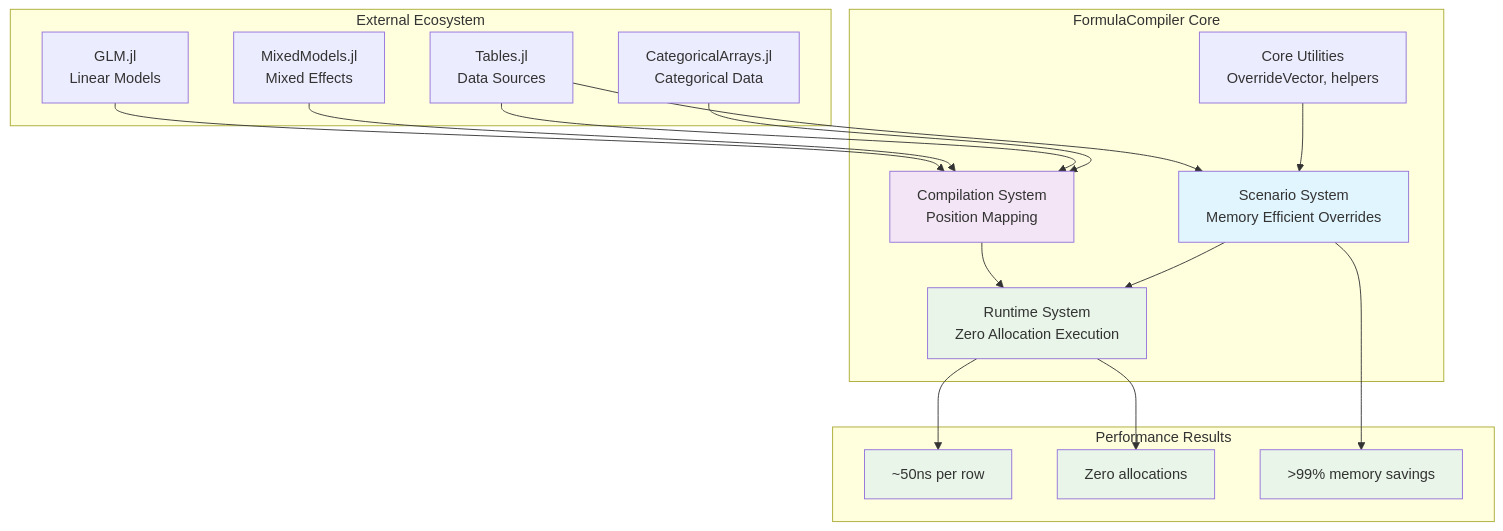
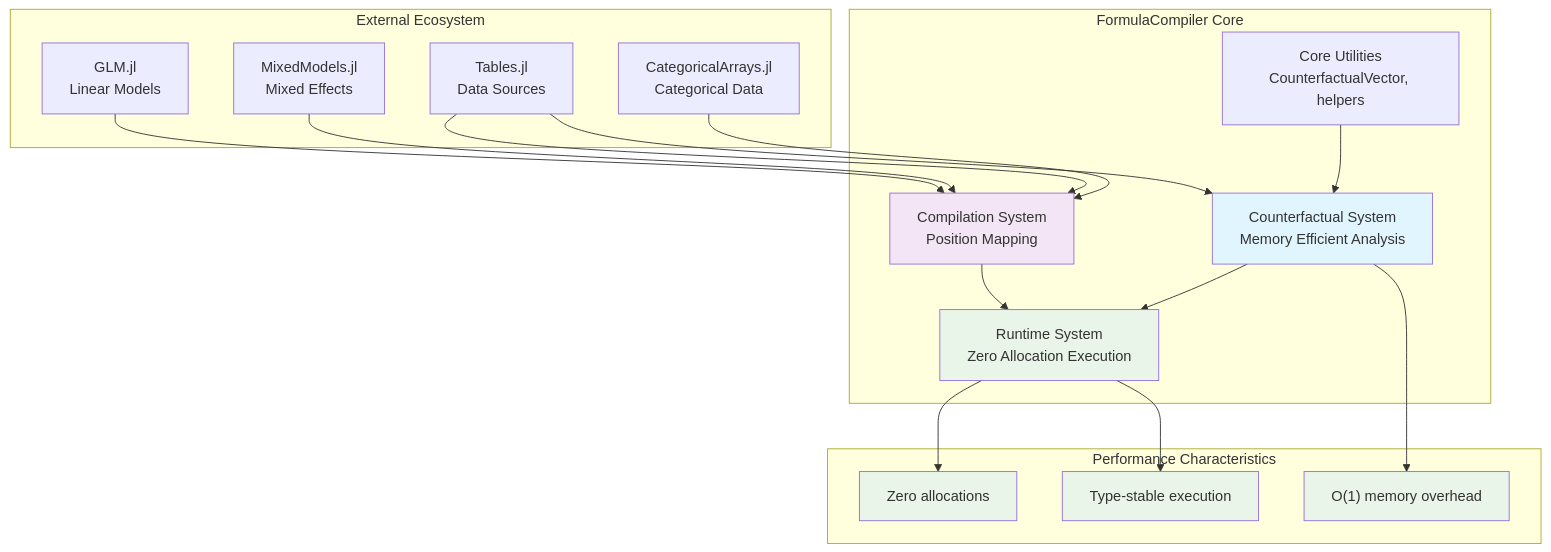
Before and after one commit to emfeltham/FormulaCompiler.jl: the diagram in docs/diagrams/system_architecture_github.mmd, drawn with Mermaid. The commit also changed 5 other files, not shown here.

Commit message:
docs: update diagrams

```diff
--- a/docs/diagrams/system_architecture_github.mmd
+++ b/docs/diagrams/system_architecture_github.mmd
@@ -1,40 +1,40 @@
 graph TB
     subgraph "External Ecosystem"
         GLM["GLM.jl<br>Linear Models"]
         MM["MixedModels.jl<br>Mixed Effects"]
         Data["Tables.jl<br>Data Sources"]
         Cat["CategoricalArrays.jl<br>Categorical Data"]
     end
     
     subgraph "FormulaCompiler Core"
         Comp["Compilation System<br>Position Mapping"]
         Exec["Runtime System<br>Zero Allocation Execution"]
-        Scen["Scenario System<br>Memory Efficient Overrides"]
-        Utils["Core Utilities<br>OverrideVector, helpers"]
+        Scen["Counterfactual System<br>Memory Efficient Analysis"]
+        Utils["Core Utilities<br>CounterfactualVector, helpers"]
     end
-    
-    subgraph "Performance Results"
-        Perf1["~50ns per row"]
-        Perf2["Zero allocations"] 
-        Perf3[">99% memory savings"]
+
+    subgraph "Performance Characteristics"
+        Perf1["Zero allocations"]
+        Perf2["O(1) memory overhead"]
+        Perf3["Type-stable execution"]
     end
-    
+
     GLM --> Comp
     MM --> Comp
     Data --> Comp
     Cat --> Comp
     Comp --> Exec
     Data --> Scen
     Utils --> Scen
     Scen --> Exec
-    
+
     Exec --> Perf1
-    Exec --> Perf2
-    Scen --> Perf3
+    Exec --> Perf3
+    Scen --> Perf2
     
     style Comp fill:#f3e5f5
     style Exec fill:#e8f5e8  
     style Scen fill:#e1f5fe
     style Perf1 fill:#e8f5e8
     style Perf2 fill:#e8f5e8
     style Perf3 fill:#e8f5e8
```
